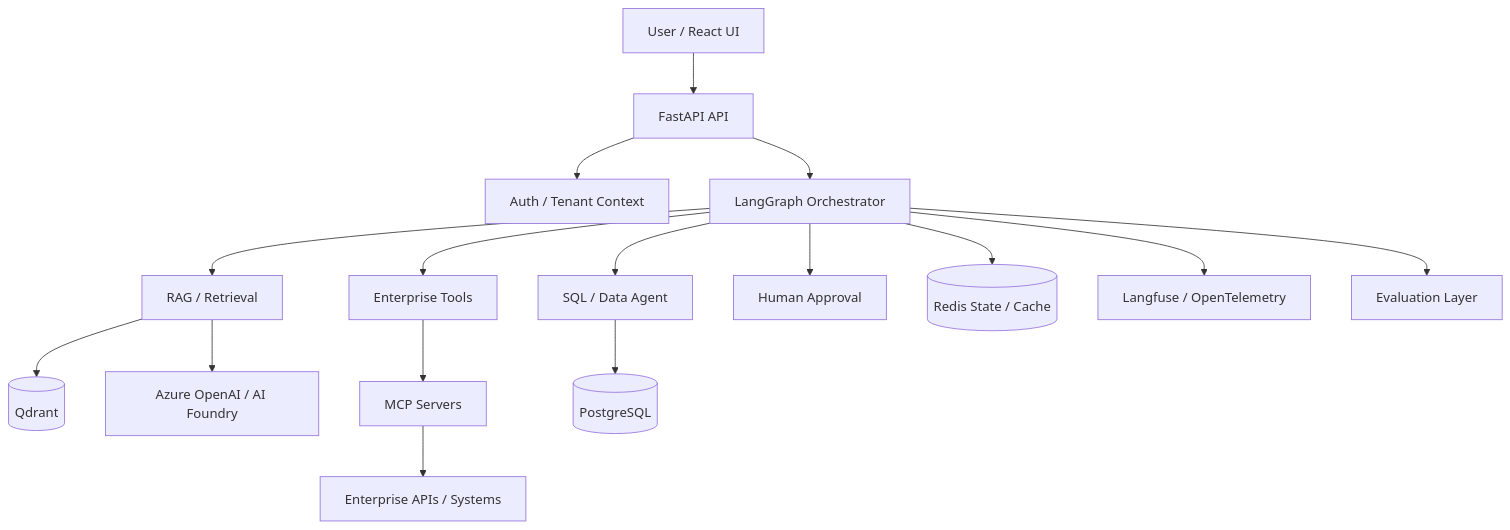
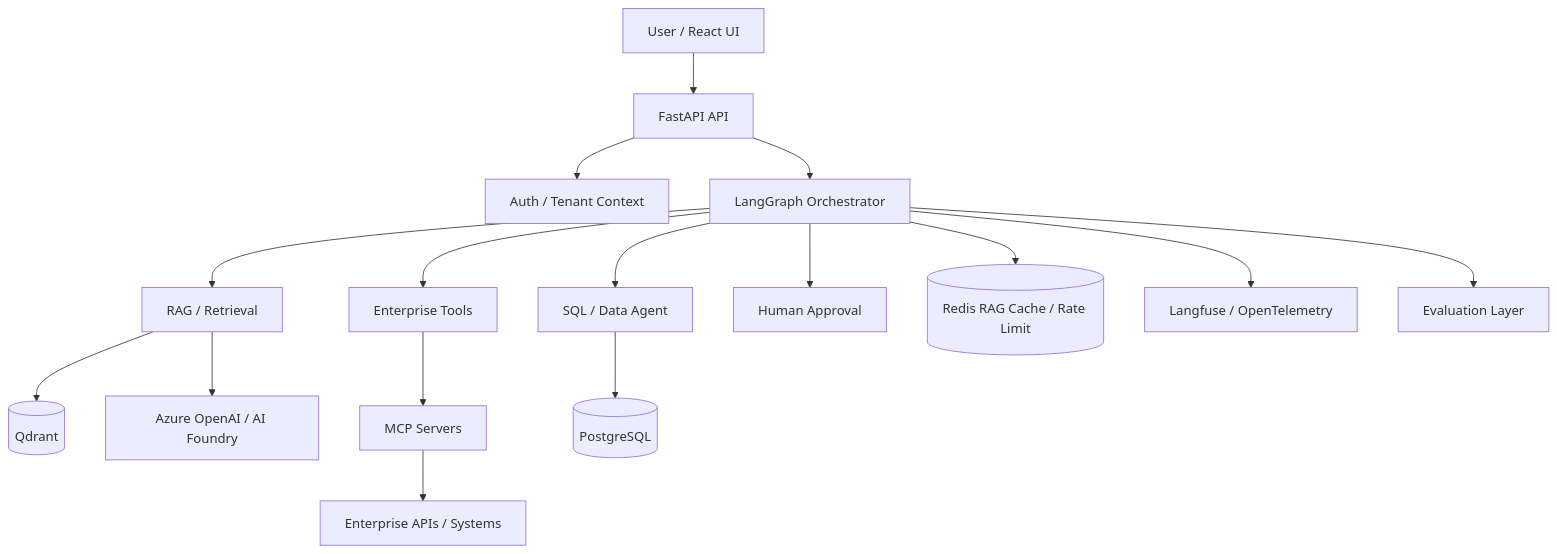
The fourth of 4 diagrams in docs/architecture.md (kkureli/enterprise-agentic-ai-platform), drawn with Mermaid before and after one commit. The commit also changed other lines of this file and 30 other files, not shown here.

````diff
--- a/docs/architecture.md
+++ b/docs/architecture.md
@@ -760,25 +901,25 @@
 ```mermaid
 flowchart TD
     User[User / React UI]
     User --> API[FastAPI API]
 
     API --> Auth[Auth / Tenant Context]
     API --> Graph[LangGraph Orchestrator]
 
     Graph --> RAG[RAG / Retrieval]
     Graph --> Tools[Enterprise Tools]
     Graph --> SQL[SQL / Data Agent]
     Graph --> HITL[Human Approval]
 
     RAG --> Qdrant[(Qdrant)]
     RAG --> LLM[Azure OpenAI / AI Foundry]
 
     Tools --> MCP[MCP Servers]
     MCP --> External[Enterprise APIs / Systems]
 
     SQL --> PostgreSQL[(PostgreSQL)]
 
-    Graph --> Redis[(Redis State / Cache)]
+    Graph --> Redis[(Redis RAG Cache / Rate Limit)]
     Graph --> Observability[Langfuse / OpenTelemetry]
     Graph --> Evals[Evaluation Layer]
 ```
````
